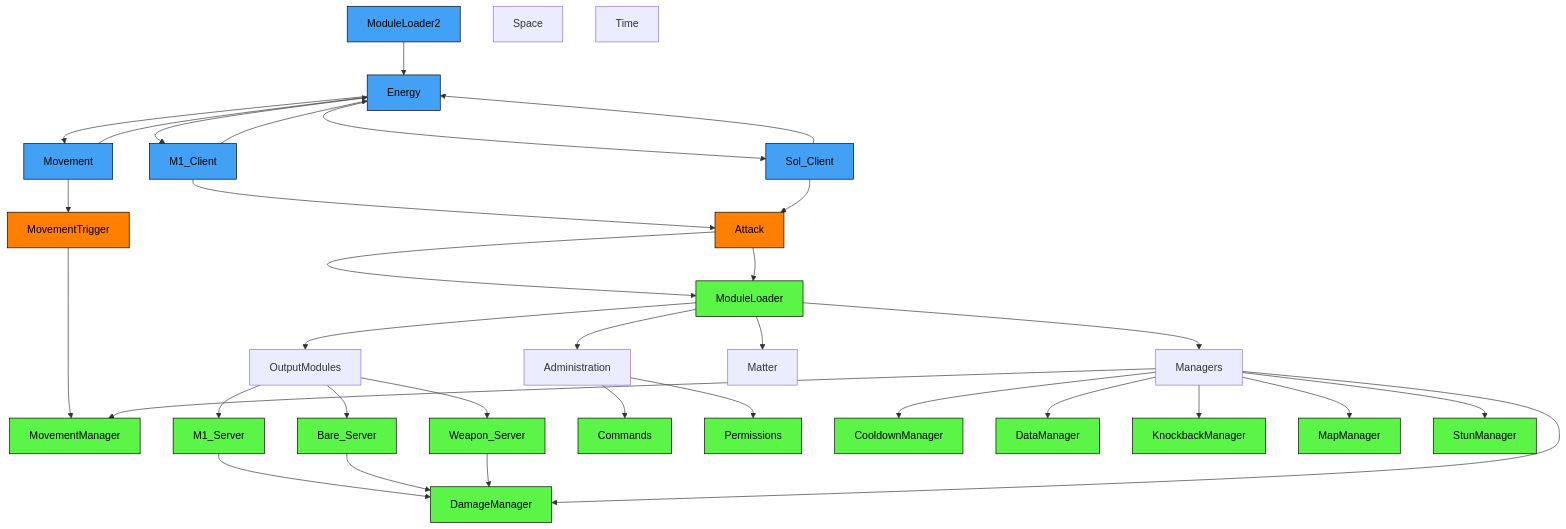
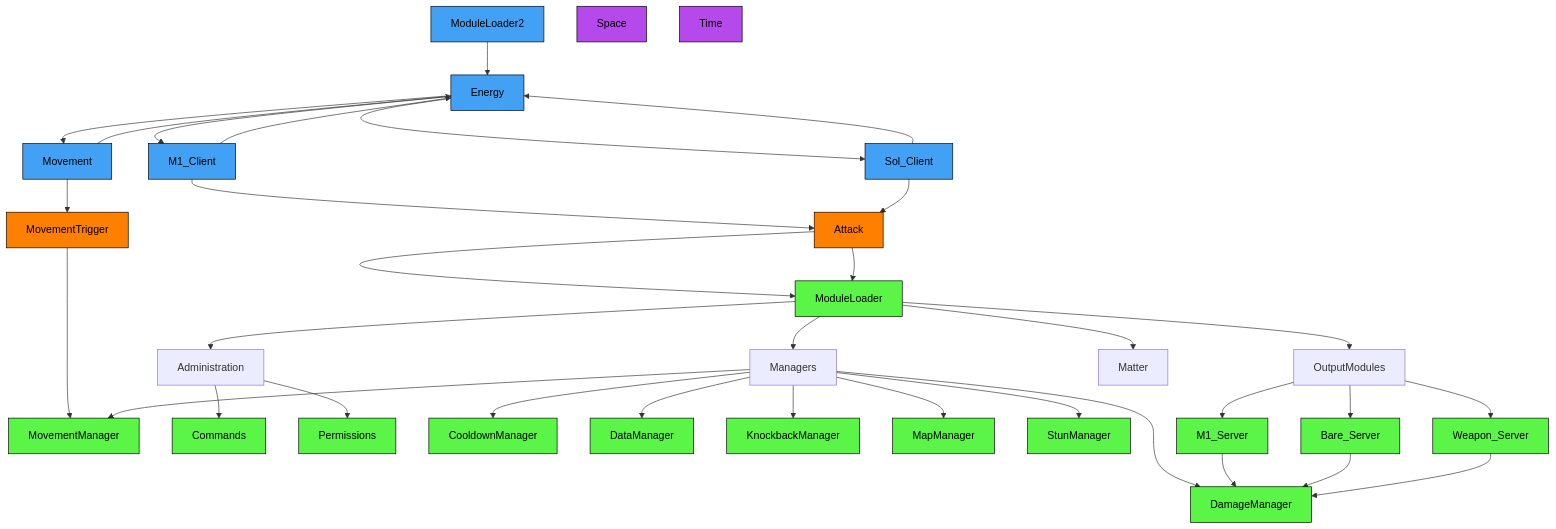
The diagram in README.md (altair5607249/Crusaders-Game), drawn with Mermaid before and after one commit.

````diff
--- a/README.md
+++ b/README.md
@@ -21,38 +21,39 @@
 ```mermaid
 graph TD;
 
   classDef serverNode fill:#5bf547,stroke:#000000,color:#000000
   classDef clientNode fill:#42a1f5,stroke:#000000,color:#000000
   classDef remoteEvent fill:#FF7F00,stroke:#000000,color:#000000
-  classDef repStoreNode fill:#b549eb,stroke:#000000,color:#000000
+  classDef universalNode fill:#b549eb,stroke:#000000,color:#000000
 
   ModuleLoader2-->Energy;
   Energy-->M1_Client-->Energy;
   Energy-->Sol_Client-->Energy;
   Energy-->Movement-->Energy;
   M1_Client-->Attack-->ModuleLoader;
   Sol_Client-->Attack-->ModuleLoader;
   Movement-->MovementTrigger-->MovementManager;
   ModuleLoader-->Administration;
   ModuleLoader-->Managers;
   ModuleLoader-->OutputModules;
   ModuleLoader-->Matter;
-  OutputModules-->M1_Server-->DamageManager;
-  OutputModules-->Bare_Server-->DamageManager;
-  OutputModules-->Weapon_Server-->DamageManager;
   Administration-->Commands;
   Administration-->Permissions;
   Managers-->CooldownManager;
   Managers-->DamageManager;
   Managers-->DataManager;
   Managers-->KnockbackManager;
   Managers-->MapManager;
   Managers-->MovementManager;
   Managers-->StunManager;
+  OutputModules-->M1_Server-->DamageManager;
+  OutputModules-->Bare_Server-->DamageManager;
+  OutputModules-->Weapon_Server-->DamageManager;
   Space;
   Time;
 
   class ModuleLoader,M1_Server,Bare_Server,Weapon_Server,MovementManager,Commands,Permissions,CooldownManager,DamageManager,DataManager,KnockbackManager,MapManager,MovementManager,StunManager serverNode;
   class ModuleLoader2,Energy,M1_Client,Sol_Client,Movement clientNode;
   class Attack,MovementTrigger remoteEvent;
+  class Space,Time universalNode;
 ```  
````
